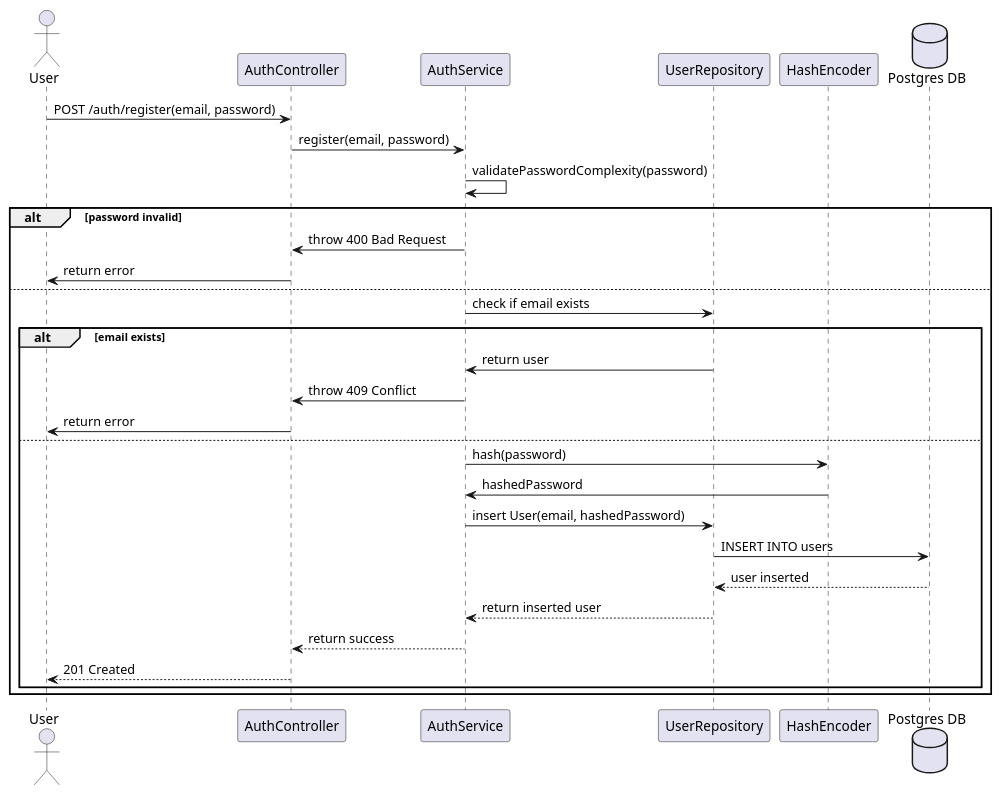
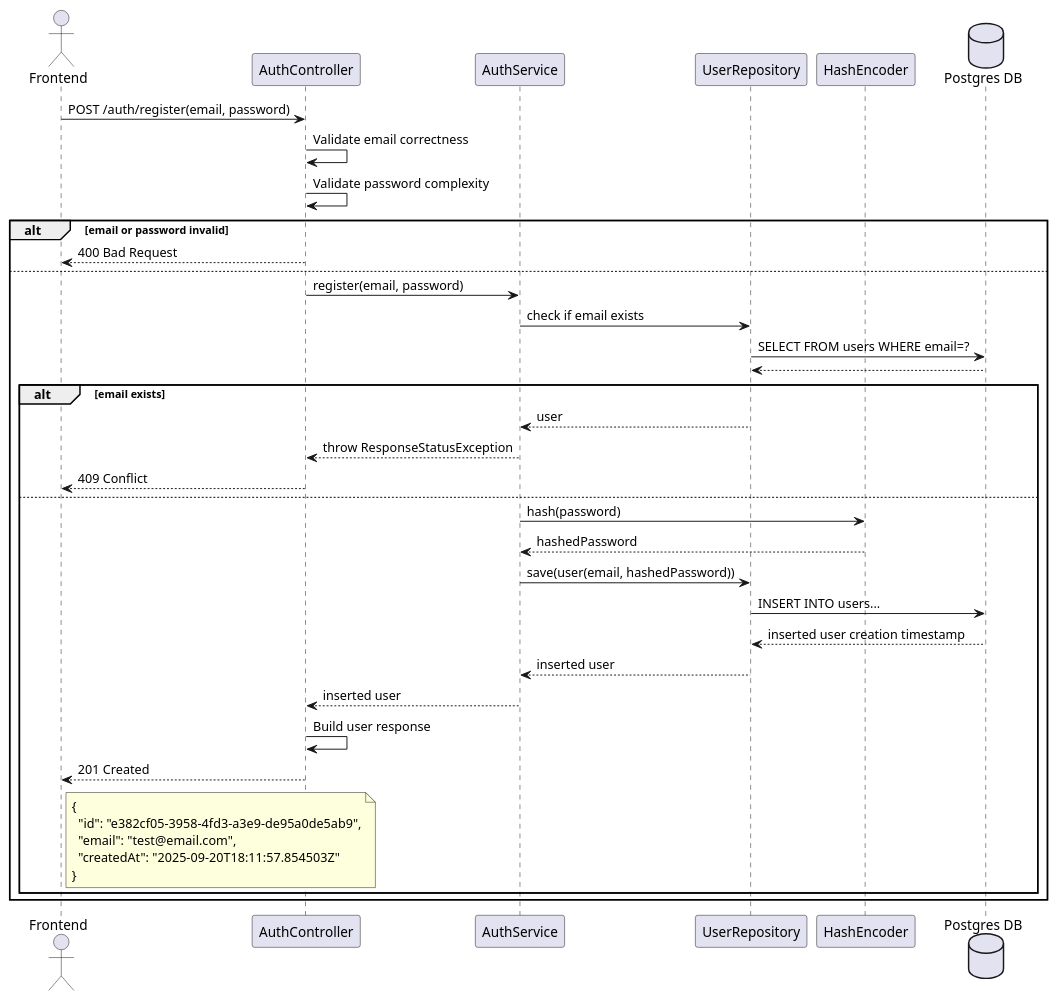
Before and after one commit to Rodwan-Bakkar/auth-svc: the diagram in docs/diagrams/sequence/user-registration.puml, drawn with PlantUML. The commit also changed 7 other files, not shown here.

Commit message:
Add refresh token functionality with sequence diagram

```diff
--- a/docs/diagrams/sequence/user-registration.puml
+++ b/docs/diagrams/sequence/user-registration.puml
@@ -1,32 +1,42 @@
 @startuml
-actor User
+actor "Frontend" as FE
 participant "AuthController" as Controller
 participant "AuthService" as Service
 participant "UserRepository" as Repository
 participant "HashEncoder" as Hasher
 database "Postgres DB" as DB
 
-User -> Controller: POST /auth/register(email, password)
-Controller -> Service: register(email, password)
-Service -> Service: validatePasswordComplexity(password)
-alt password invalid
-    Service -> Controller: throw 400 Bad Request
-    Controller -> User: return error
+FE -> Controller: POST /auth/register(email, password)
+Controller -> Controller: Validate email correctness
+Controller -> Controller: Validate password complexity
+alt email or password invalid
+    Controller --> FE: 400 Bad Request
 else
+    Controller -> Service: register(email, password)
     Service -> Repository: check if email exists
+    Repository -> DB: SELECT FROM users WHERE email=?
+    DB --> Repository
     alt email exists
-        Repository -> Service: return user
-        Service -> Controller: throw 409 Conflict
-        Controller -> User: return error
+        Repository --> Service: user
+        Service --> Controller: throw ResponseStatusException
+        Controller --> FE: 409 Conflict
     else
         Service -> Hasher: hash(password)
-        Hasher -> Service: hashedPassword
-        Service -> Repository: insert User(email, hashedPassword)
-        Repository -> DB: INSERT INTO users
-        DB --> Repository: user inserted
-        Repository --> Service: return inserted user
-        Service --> Controller: return success
-        Controller --> User: 201 Created
+        Hasher --> Service: hashedPassword
+        Service -> Repository: save(user(email, hashedPassword))
+        Repository -> DB: INSERT INTO users...
+        DB --> Repository: inserted user creation timestamp
+        Repository --> Service: inserted user
+        Service --> Controller: inserted user
+        Controller -> Controller: Build user response
+        Controller --> FE: 201 Created
+            note right of FE
+                {
+                  "id": "e382cf05-3958-4fd3-a3e9-de95a0de5ab9",
+                  "email": "test@email.com",
+                  "createdAt": "2025-09-20T18:11:57.854503Z"
+                }
+            end note
     end
 end
 @enduml
```
